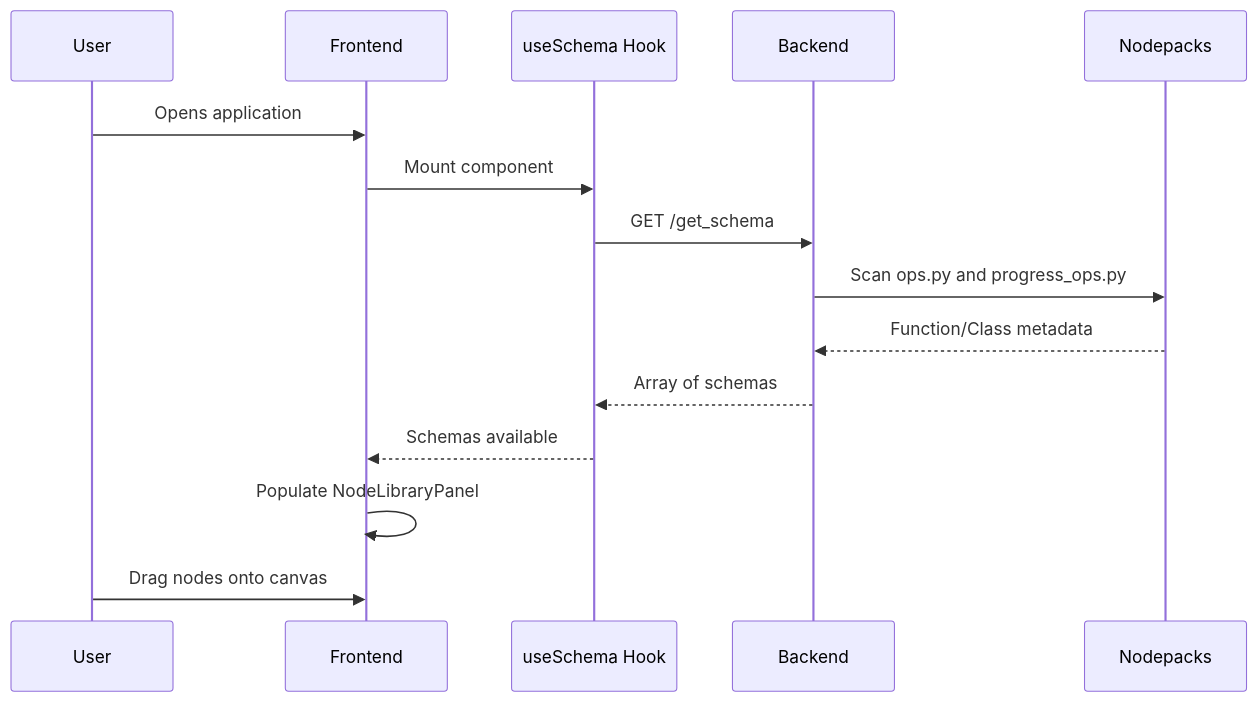
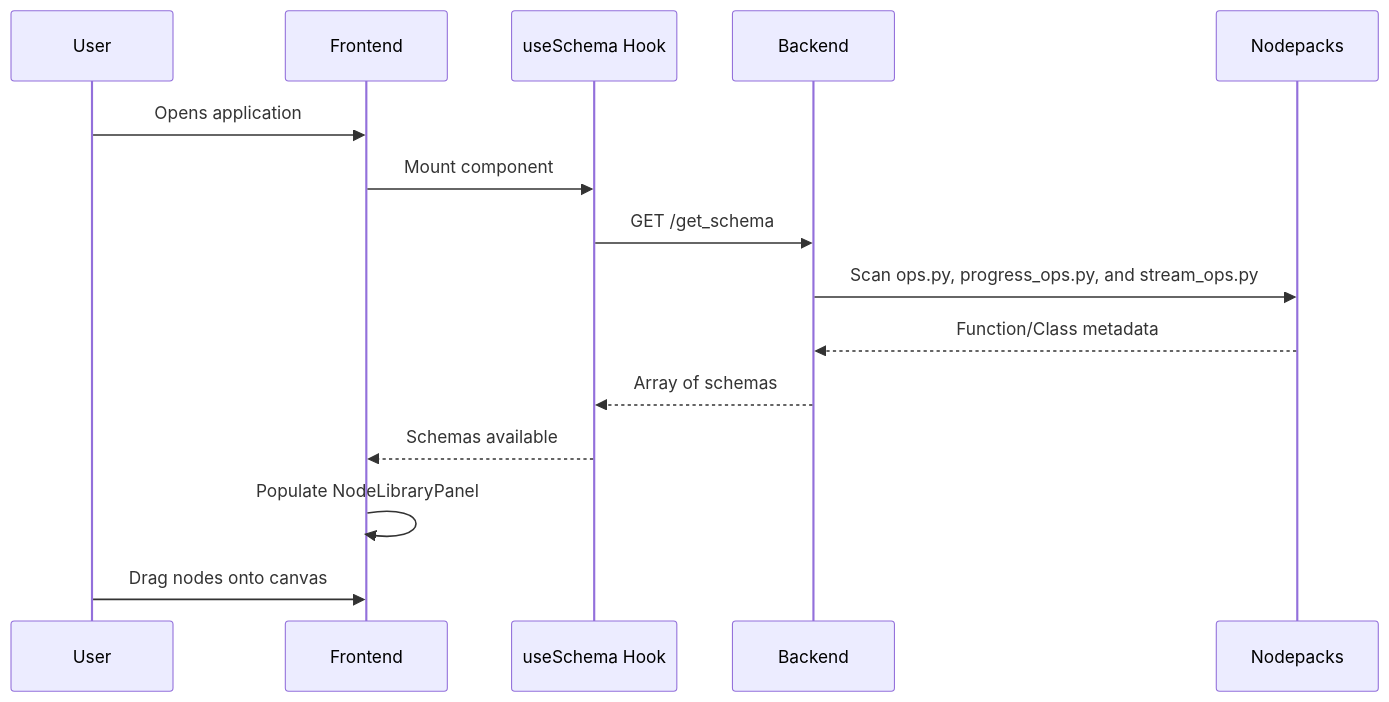
One commit to soumik12345/psynapse changed the third of 5 diagrams in docs/guides/architecture.md. Above: the diagram before and after it, drawn with Mermaid. The commit also changed other lines of this file, not shown here.

````diff
--- a/docs/guides/architecture.md
+++ b/docs/guides/architecture.md
@@ -459,18 +494,18 @@
 ```mermaid
 sequenceDiagram
     participant User
     participant Frontend
     participant useSchema Hook
     participant Backend
     participant Nodepacks
 
     User->>Frontend: Opens application
     Frontend->>useSchema Hook: Mount component
     useSchema Hook->>Backend: GET /get_schema
-    Backend->>Nodepacks: Scan ops.py and progress_ops.py
+    Backend->>Nodepacks: Scan ops.py, progress_ops.py, and stream_ops.py
     Nodepacks-->>Backend: Function/Class metadata
     Backend-->>useSchema Hook: Array of schemas
     useSchema Hook-->>Frontend: Schemas available
     Frontend->>Frontend: Populate NodeLibraryPanel
     User->>Frontend: Drag nodes onto canvas
 ```
````
